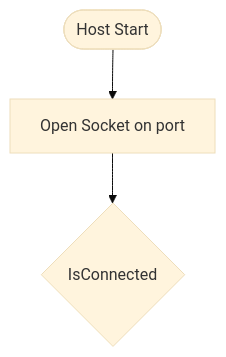
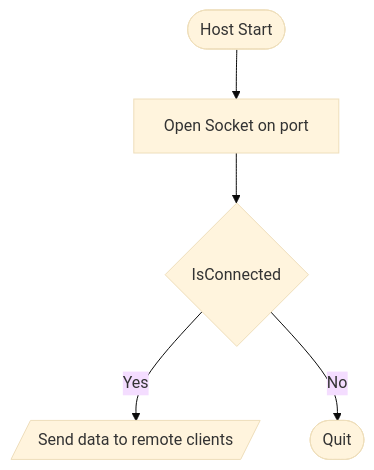
The diagram in README.md (GMcMichael/ThornNetworking), drawn with Mermaid (base theme) before and after one commit.

````diff
--- a/README.md
+++ b/README.md
@@ -1,6 +1,7 @@
 ```mermaid
-
-graph TD;
+graph TD
   A([Host Start]) --> B[Open Socket on port]
-  B-->C{IsConnected};
+  B-->C{IsConnected}
+  C-- Yes -->D[/Send data to remote clients/]
+  C-- No -->E([Quit])
 ```
````
